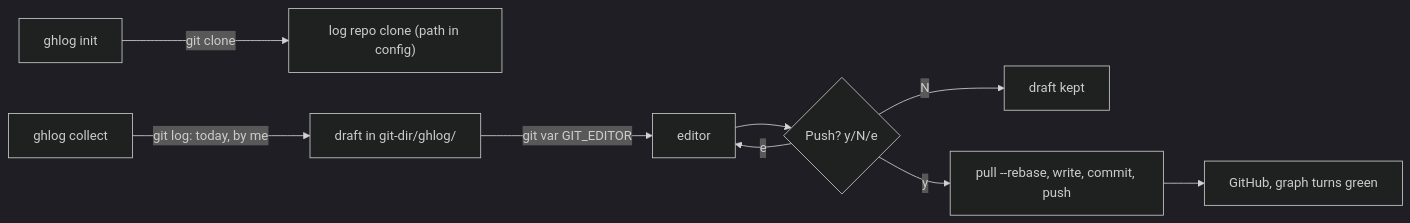
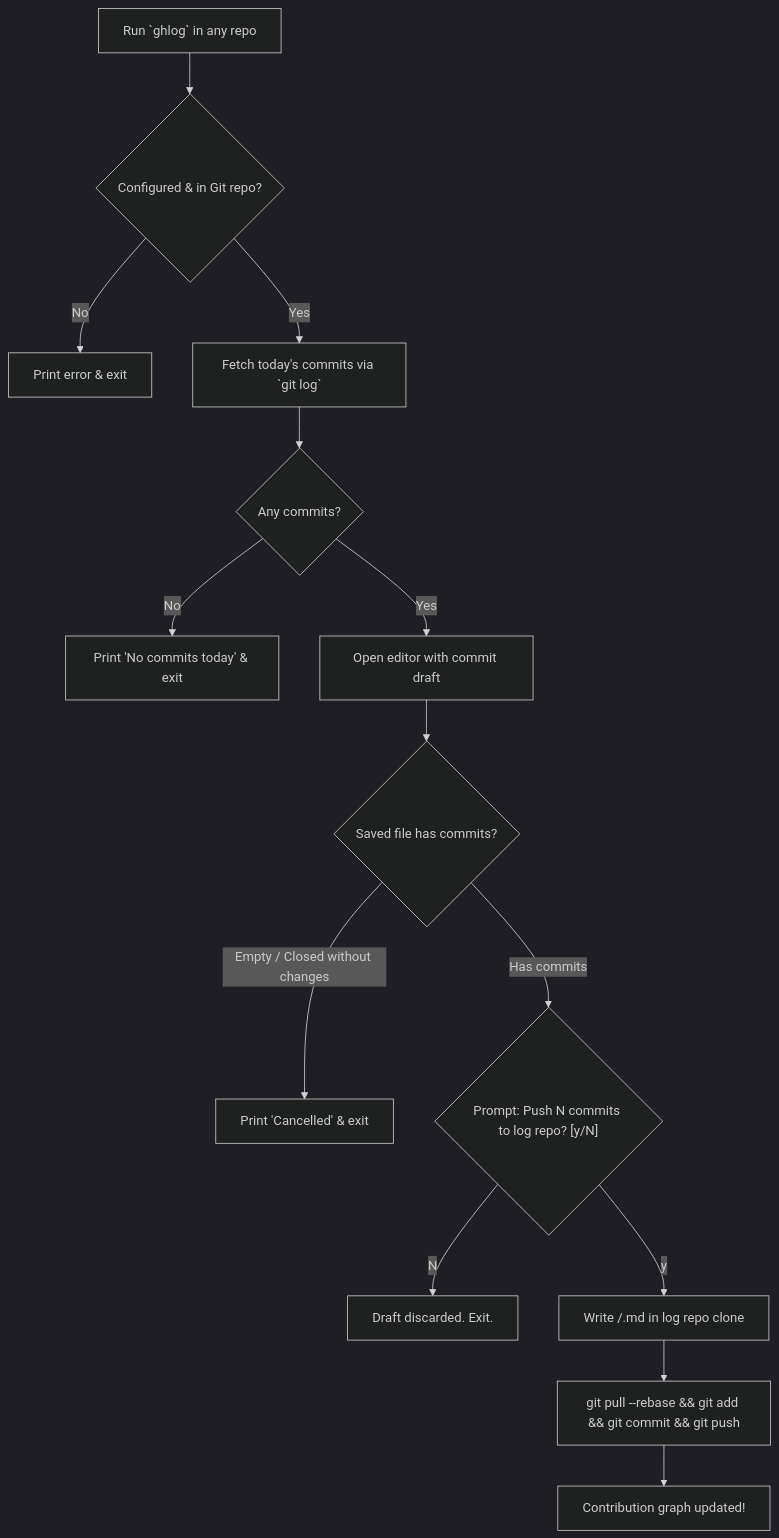
Before and after one commit to ahmadawji/gh-graph-logger: the diagram in docs/implementation_plan.md, drawn with Mermaid (dark theme). The commit also changed other lines of this file and 21 other files, not shown here.

Commit message:
Refactor: radical simplification into minimal 3-module architecture (Option A)

````diff
--- a/docs/implementation_plan.md
+++ b/docs/implementation_plan.md
@@ -10,11 +24,16 @@
 ```mermaid
-flowchart LR
-    A["ghlog init"] -->|git clone| H["log repo clone (path in config)"]
-    C["ghlog collect"] -->|"git log: today, by me"| D["draft in git-dir/ghlog/"]
-    D -->|"git var GIT_EDITOR"| E["editor"]
-    E --> Q{"Push? y/N/e"}
-    Q -->|N| K["draft kept"]
-    Q -->|e| E
-    Q -->|y| P["pull --rebase, write, commit, push"]
-    P --> R["GitHub, graph turns green"]
+flowchart TD
+    A["Run `ghlog` in any repo"] --> B{"Configured & in Git repo?"}
+    B -->|No| C["Print error & exit"]
+    B -->|Yes| D["Fetch today's commits via `git log`"]
+    D --> E{"Any commits?"}
+    E -->|No| F["Print 'No commits today' & exit"]
+    E -->|Yes| G["Open editor with commit draft"]
+    G --> H{"Saved file has commits?"}
+    H -->|Empty / Closed without changes| I["Print 'Cancelled' & exit"]
+    H -->|Has commits| J{"Prompt: Push N commits to log repo? [y/N]"}
+    J -->|N| K["Draft discarded. Exit."]
+    J -->|y| L["Write <project>/<timestamp>.md in log repo clone"]
+    L --> M["git pull --rebase && git add && git commit && git push"]
+    M --> N["Contribution graph updated!"]
 ```
````
